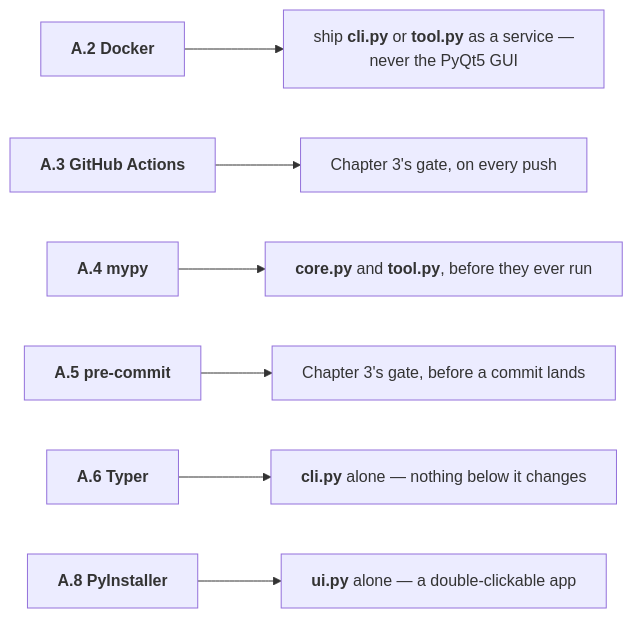
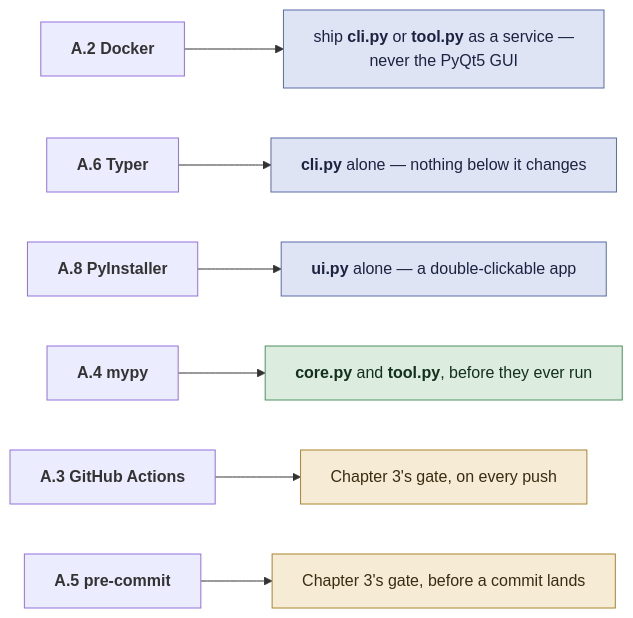
Before and after one commit to rioffe/intro_to_ai_software_engineering: the diagram in manuscript/16-appendix.md, drawn with Mermaid. The commit also changed other lines of this file and 7 other files, not shown here.

````diff
--- a/manuscript/16-appendix.md
+++ b/manuscript/16-appendix.md
@@ -43,14 +43,21 @@
 ```mermaid
 ---
 config:
   flowchart:
     wrappingWidth: 360
 ---
 flowchart LR
     D["<b>A.2 Docker</b>"] --> DT["ship <b>cli.py</b> or <b>tool.py</b> as a service —<br/>never the PyQt5 GUI"]
-    C["<b>A.3 GitHub Actions</b>"] --> CT["Chapter 3's gate, on every push"]
-    M["<b>A.4 mypy</b>"] --> MT["<b>core.py</b> and <b>tool.py</b>, before they ever run"]
-    P["<b>A.5 pre-commit</b>"] --> PT["Chapter 3's gate, before a commit lands"]
     T["<b>A.6 Typer</b>"] --> TT["<b>cli.py</b> alone — nothing below it changes"]
     I["<b>A.8 PyInstaller</b>"] --> IT["<b>ui.py</b> alone — a double-clickable app"]
+    M["<b>A.4 mypy</b>"] --> MT["<b>core.py</b> and <b>tool.py</b>, before they ever run"]
+    C["<b>A.3 GitHub Actions</b>"] --> CT["Chapter 3's gate, on every push"]
+    P["<b>A.5 pre-commit</b>"] --> PT["Chapter 3's gate, before a commit lands"]
+
+    classDef front fill:#dfe4f5,stroke:#5a6ba8,color:#1b2340
+    classDef core fill:#dcecdf,stroke:#4f9160,color:#12301a
+    classDef gate fill:#f6ecd6,stroke:#a8842f,color:#3a2c11
+    class DT,TT,IT front
+    class MT core
+    class CT,PT gate
 ```
````
